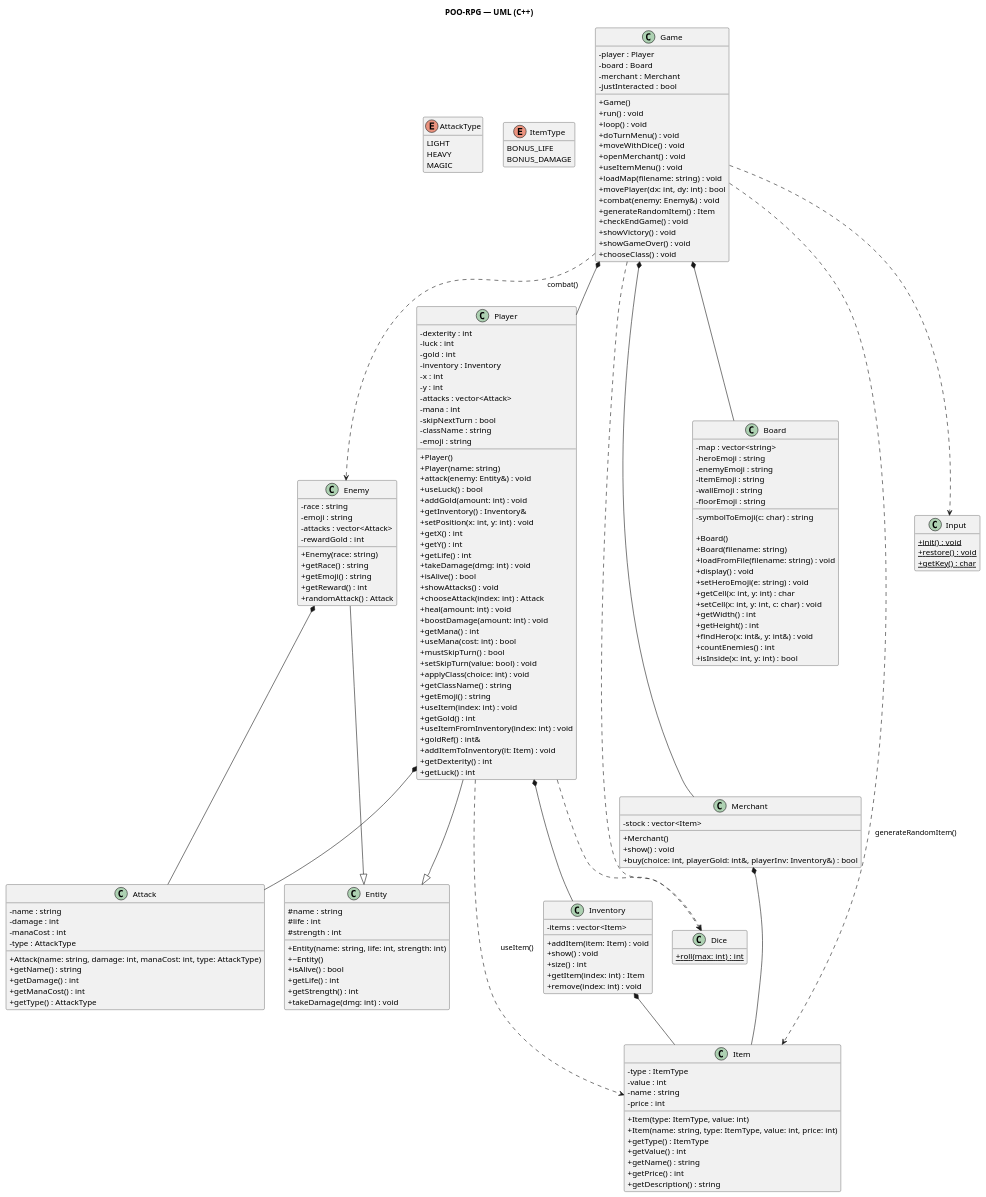
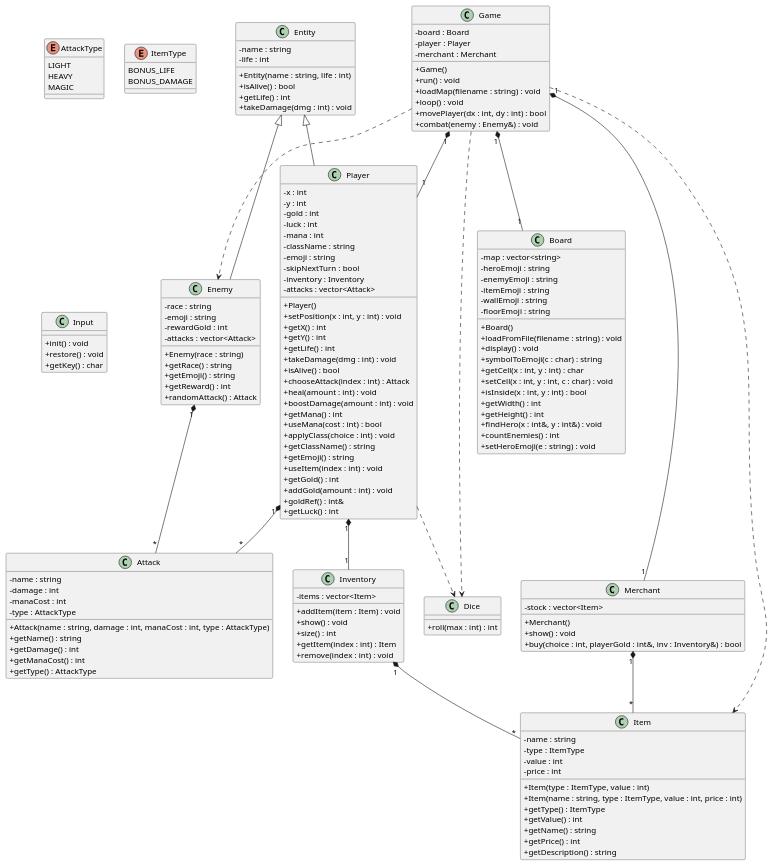
Before and after one commit to Specht1000/POO-RPG: the diagram in UML.puml, drawn with PlantUML. The commit also changed 11 other files, not shown here.

```diff
--- a/UML.puml
+++ b/UML.puml
@@ -1,12 +1,9 @@
-@startuml
-title POO-RPG — UML (C++)
+@startuml UML
+skinparam classAttributeIconSize 0
 
-skinparam classAttributeIconSize 0
-hide empty members
-
-' =========================
+'====================
 ' ENUMS
-' =========================
+'====================
 enum AttackType {
   LIGHT
   HEAVY
@@ -18,101 +15,61 @@
   BONUS_DAMAGE
 }
 
-' =========================
-' CLASSES
-' =========================
+'====================
+' CLASSE DE BASE
+'====================
 class Entity {
-  # name : string
-  # life : int
-  # strength : int
-
-  + Entity(name: string, life: int, strength: int)
-  + ~Entity()
+  - name : string
+  - life : int
+  + Entity(name : string, life : int)
   + isAlive() : bool
   + getLife() : int
-  + getStrength() : int
-  + takeDamage(dmg: int) : void
+  + takeDamage(dmg : int) : void
 }
 
-class Player {
-  - dexterity : int
-  - luck : int
-  - gold : int
-  - inventory : Inventory
-  - x : int
-  - y : int
-  - attacks : vector<Attack>
-  - mana : int
-  - skipNextTurn : bool
-  - className : string
-  - emoji : string
-
-  + Player()
-  + Player(name: string)
-  + attack(enemy: Entity&) : void
-  + useLuck() : bool
-  + addGold(amount: int) : void
-  + getInventory() : Inventory&
-  + setPosition(x: int, y: int) : void
-  + getX() : int
-  + getY() : int
-  + getLife() : int
-  + takeDamage(dmg: int) : void
-  + isAlive() : bool
-  + showAttacks() : void
-  + chooseAttack(index: int) : Attack
-  + heal(amount: int) : void
-  + boostDamage(amount: int) : void
-  + getMana() : int
-  + useMana(cost: int) : bool
-  + mustSkipTurn() : bool
-  + setSkipTurn(value: bool) : void
-  + applyClass(choice: int) : void
-  + getClassName() : string
-  + getEmoji() : string
-  + useItem(index: int) : void
-  + getGold() : int
-  + useItemFromInventory(index: int) : void
-  + goldRef() : int&
-  + addItemToInventory(it: Item) : void
-  + getDexterity() : int
-  + getLuck() : int
+'====================
+' ATTAQUE
+'====================
+class Attack {
+  - name : string
+  - damage : int
+  - manaCost : int
+  - type : AttackType
+  + Attack(name : string, damage : int, manaCost : int, type : AttackType)
+  + getName() : string
+  + getDamage() : int
+  + getManaCost() : int
+  + getType() : AttackType
 }
 
+'====================
+' ENEMY
+'====================
 class Enemy {
   - race : string
   - emoji : string
+  - rewardGold : int
   - attacks : vector<Attack>
-  - rewardGold : int
-
-  + Enemy(race: string)
+  + Enemy(race : string)
   + getRace() : string
   + getEmoji() : string
   + getReward() : int
   + randomAttack() : Attack
 }
 
-class Attack {
+Entity <|-- Enemy
+Enemy "1" *-- "*" Attack
+
+'====================
+' ITEM / INVENTORY
+'====================
+class Item {
   - name : string
-  - damage : int
-  - manaCost : int
-  - type : AttackType
-
-  + Attack(name: string, damage: int, manaCost: int, type: AttackType)
-  + getName() : string
-  + getDamage() : int
-  + getManaCost() : int
-  + getType() : AttackType
-}
-
-class Item {
   - type : ItemType
   - value : int
-  - name : string
   - price : int
-
-  + Item(type: ItemType, value: int)
-  + Item(name: string, type: ItemType, value: int, price: int)
+  + Item(type : ItemType, value : int)
+  + Item(name : string, type : ItemType, value : int, price : int)
   + getType() : ItemType
   + getValue() : int
   + getName() : string
@@ -122,22 +79,71 @@
 
 class Inventory {
   - items : vector<Item>
-
-  + addItem(item: Item) : void
+  + addItem(item : Item) : void
   + show() : void
   + size() : int
-  + getItem(index: int) : Item
-  + remove(index: int) : void
+  + getItem(index : int) : Item
+  + remove(index : int) : void
 }
 
+Inventory "1" *-- "*" Item
+
+'====================
+' PLAYER
+'====================
+class Player {
+  - x : int
+  - y : int
+  - gold : int
+  - luck : int
+  - mana : int
+  - className : string
+  - emoji : string
+  - skipNextTurn : bool
+  - inventory : Inventory
+  - attacks : vector<Attack>
+
+  + Player()
+  + setPosition(x : int, y : int) : void
+  + getX() : int
+  + getY() : int
+  + getLife() : int
+  + takeDamage(dmg : int) : void
+  + isAlive() : bool
+  + chooseAttack(index : int) : Attack
+  + heal(amount : int) : void
+  + boostDamage(amount : int) : void
+  + getMana() : int
+  + useMana(cost : int) : bool
+  + applyClass(choice : int) : void
+  + getClassName() : string
+  + getEmoji() : string
+  + useItem(index : int) : void
+  + getGold() : int
+  + addGold(amount : int) : void
+  + goldRef() : int&
+  + getLuck() : int
+}
+
+Entity <|-- Player
+Player "1" *-- "1" Inventory
+Player "1" *-- "*" Attack
+
+'====================
+' MERCHANT
+'====================
 class Merchant {
   - stock : vector<Item>
-
   + Merchant()
   + show() : void
-  + buy(choice: int, playerGold: int&, playerInv: Inventory&) : bool
+  + buy(choice : int, playerGold : int&, inv : Inventory&) : bool
 }
 
+Merchant "1" *-- "*" Item
+
+'====================
+' BOARD / MAP
+'====================
 class Board {
   - map : vector<string>
   - heroEmoji : string
@@ -145,79 +151,55 @@
   - itemEmoji : string
   - wallEmoji : string
   - floorEmoji : string
-  - symbolToEmoji(c: char) : string
-
   + Board()
-  + Board(filename: string)
-  + loadFromFile(filename: string) : void
+  + loadFromFile(filename : string) : void
   + display() : void
-  + setHeroEmoji(e: string) : void
-  + getCell(x: int, y: int) : char
-  + setCell(x: int, y: int, c: char) : void
+  + symbolToEmoji(c : char) : string
+  + getCell(x : int, y : int) : char
+  + setCell(x : int, y : int, c : char) : void
+  + isInside(x : int, y : int) : bool
   + getWidth() : int
   + getHeight() : int
-  + findHero(x: int&, y: int&) : void
+  + findHero(x : int&, y : int&) : void
   + countEnemies() : int
-  + isInside(x: int, y: int) : bool
+  + setHeroEmoji(e : string) : void
 }
 
+'====================
+' GAME (CONTROLEUR)
+'====================
+class Game {
+  - board : Board
+  - player : Player
+  - merchant : Merchant
+  + Game()
+  + run() : void
+  + loadMap(filename : string) : void
+  + loop() : void
+  + movePlayer(dx : int, dy : int) : bool
+  + combat(enemy : Enemy&) : void
+}
+
+Game "1" *-- "1" Board
+Game "1" *-- "1" Player
+Game "1" *-- "1" Merchant
+Game ..> Enemy
+Game ..> Item
+
+'====================
+' UTILITAIRES
+'====================
 class Dice {
-  + {static} roll(max: int) : int
+  + roll(max : int) : int
 }
 
 class Input {
-  + {static} init() : void
-  + {static} restore() : void
-  + {static} getKey() : char
+  + init() : void
+  + restore() : void
+  + getKey() : char
 }
 
-class Game {
-  - player : Player
-  - board : Board
-  - merchant : Merchant
-  - justInteracted : bool
-
-  + Game()
-  + run() : void
-  + loop() : void
-  + doTurnMenu() : void
-  + moveWithDice() : void
-  + openMerchant() : void
-  + useItemMenu() : void
-  + loadMap(filename: string) : void
-  + movePlayer(dx: int, dy: int) : bool
-  + combat(enemy: Enemy&) : void
-  + generateRandomItem() : Item
-  + checkEndGame() : void
-  + showVictory() : void
-  + showGameOver() : void
-  + chooseClass() : void
-}
-
-' =========================
-' RELACIONAMENTOS
-' =========================
-Player --|> Entity
-Enemy  --|> Entity
-
-Player *-- Inventory
-Inventory *-- Item
-
-Player *-- Attack
-Enemy  *-- Attack
-
-Merchant *-- Item
-
-Game *-- Player
-Game *-- Board
-Game *-- Merchant
-
-Game ..> Enemy : combat()
-Game ..> Item  : generateRandomItem()
-Player ..> Item : useItem()
-
 Player ..> Dice
-Game   ..> Dice
-Game   ..> Input
+Game ..> Dice
 
 @enduml
```
